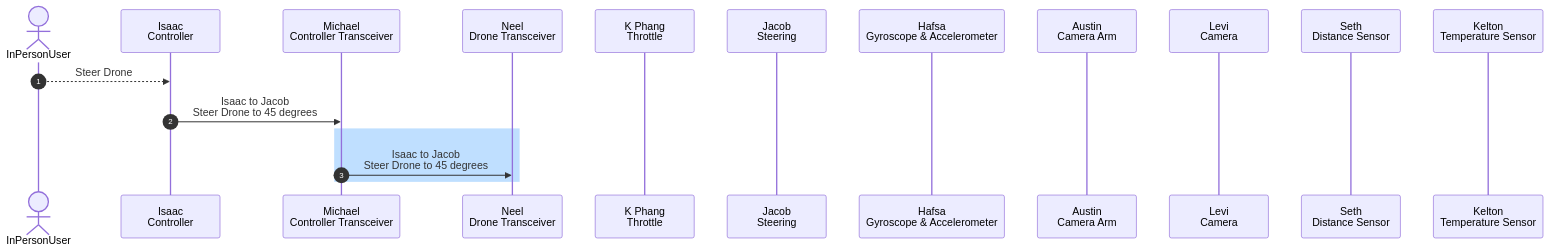
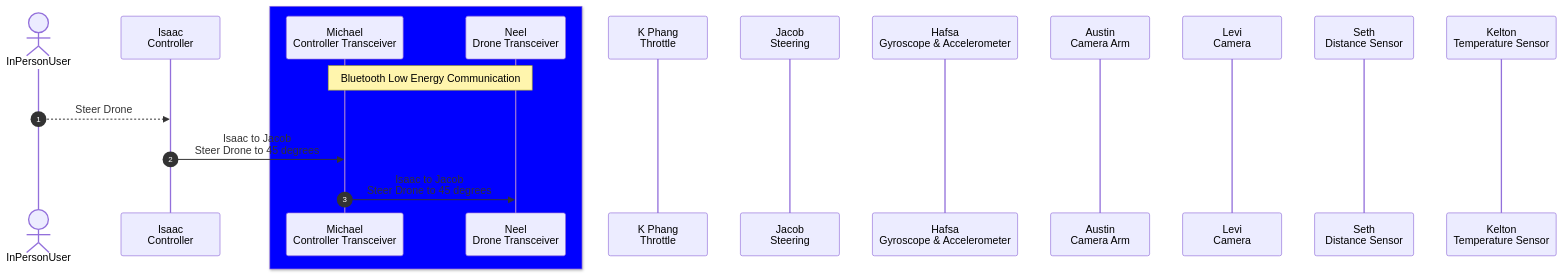
One commit to HFSKSN/hfsksn.github.io changed the fourth of 4 diagrams in docs/Appendix/04-Examples-to-Remove/charts.md. Above: the diagram before and after it, drawn with Mermaid.

````diff
--- a/docs/Appendix/04-Examples-to-Remove/charts.md
+++ b/docs/Appendix/04-Examples-to-Remove/charts.md
@@ -43,23 +43,23 @@
 ``` mermaid
 sequenceDiagram
   autonumber
   actor U as InPersonUser
   participant I as Isaac<br/>Controller
-  
+  box Blue
   participant M as Michael<br/>Controller Transceiver
   participant N as Neel<br/>Drone Transceiver
-  
+  end
   participant P as K Phang<br/>Throttle
   participant J as Jacob<br/>Steering
   participant H as Hafsa<br/>Gyroscope & Accelerometer
   participant A as Austin<br/>Camera Arm
   participant L as Levi<br/>Camera
   participant S as Seth<br/>Distance Sensor
   participant K as Kelton<br/>Temperature Sensor
 
+  Note over M,N: Bluetooth Low Energy Communication
+
   U-->>I: Steer Drone
   I->>M: Isaac to Jacob<br/>Steer Drone to 45 degrees
-  rect rgb(191, 223, 255)
   M->>N: Isaac to Jacob<br/>Steer Drone to 45 degrees
-  end
 ```
````
